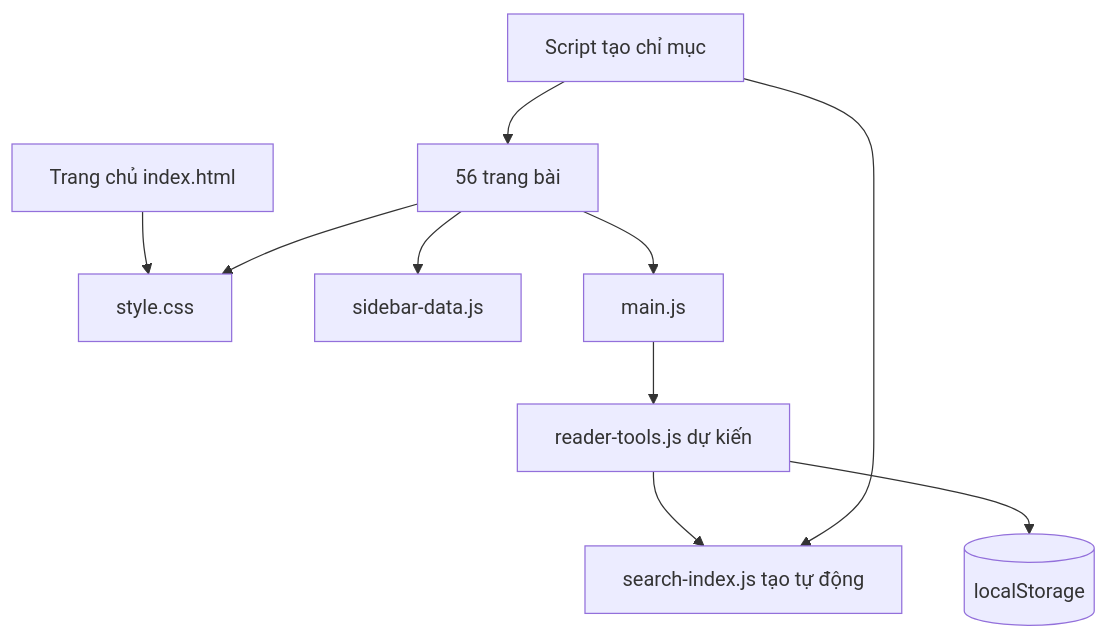
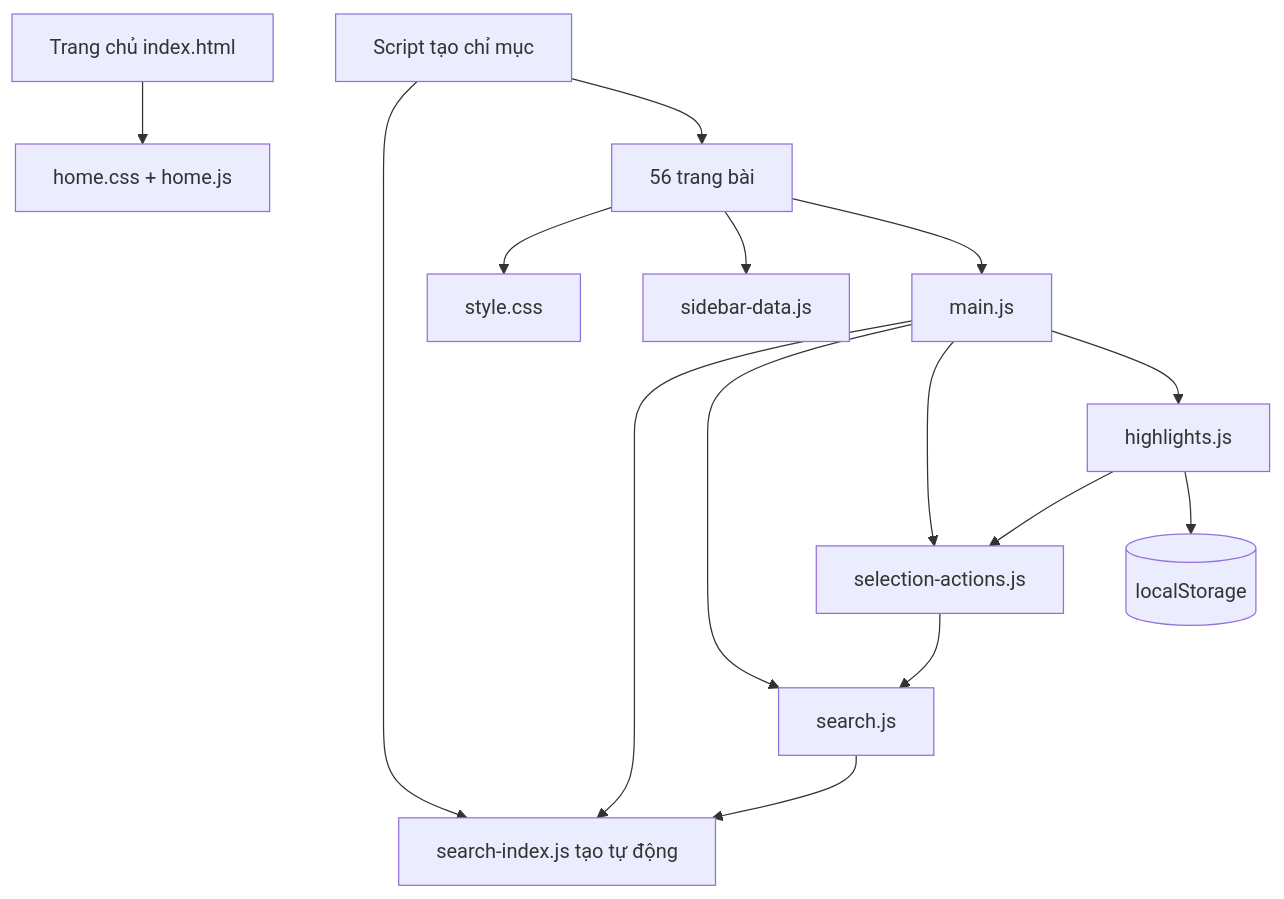
One commit to danghoangsqtt-sys/Ebook-basic-circuit changed the third of 4 diagrams in .DHSYSTEM/ARCHITECTURE.md. Above: the diagram before and after it, drawn with Mermaid. The commit also changed other lines of this file and 15 other files, not shown here.

````diff
--- a/.DHSYSTEM/ARCHITECTURE.md
+++ b/.DHSYSTEM/ARCHITECTURE.md
@@ -91,12 +91,17 @@
 ```mermaid
 flowchart TD
-  L[Trang chủ index.html] --> C[style.css]
-  B[56 trang bài] --> C
+  L[Trang chủ index.html] --> HC[home.css + home.js]
+  B[56 trang bài] --> C[style.css]
   B --> N[sidebar-data.js]
   B --> M[main.js]
-  M --> T[reader-tools.js dự kiến]
-  T --> S[search-index.js tạo tự động]
-  T --> P[(localStorage)]
+  M --> S[search-index.js tạo tự động]
+  M --> Q[search.js]
+  Q --> S
+  M --> T[selection-actions.js]
+  T --> Q
+  M --> H[highlights.js]
+  H --> T
+  H --> P[(localStorage)]
   G[Script tạo chỉ mục] --> S
   G --> B
 ```
````
